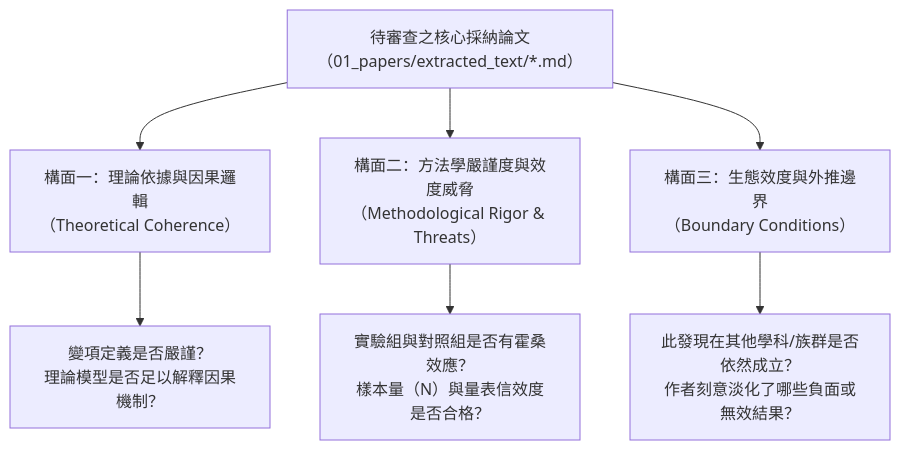
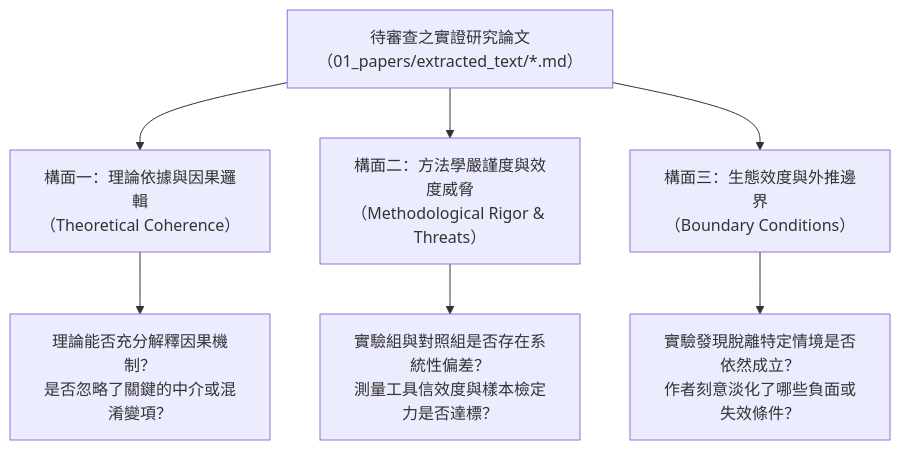
Before and after one commit to sungchien/literature_agent: the first of 2 diagrams in 06_單篇批判精讀與標準閱讀卡片化_學術知識的晶體化.md, drawn with Mermaid. The commit also changed other lines of this file and 6 other files, not shown here.

````diff
--- a/06_單篇批判精讀與標準閱讀卡片化_學術知識的晶體化.md
+++ b/06_單篇批判精讀與標準閱讀卡片化_學術知識的晶體化.md
@@ -77,10 +146,10 @@
 ```mermaid
 flowchart TD
-    Paper["待審查之核心採納論文<br/>（01_papers/extracted_text/*.md）"] --> Core1["構面一：理論依據與因果邏輯<br/>（Theoretical Coherence）"]
+    Paper["待審查之實證研究論文<br/>（01_papers/extracted_text/*.md）"] --> Core1["構面一：理論依據與因果邏輯<br/>（Theoretical Coherence）"]
     Paper --> Core2["構面二：方法學嚴謹度與效度威脅<br/>（Methodological Rigor & Threats）"]
     Paper --> Core3["構面三：生態效度與外推邊界<br/>（Boundary Conditions）"]
 
-    Core1 --> Q1["變項定義是否嚴謹？<br/>理論模型是否足以解釋因果機制？"]
-    Core2 --> Q2["實驗組與對照組是否有霍桑效應？<br/>樣本量（N）與量表信效度是否合格？"]
-    Core3 --> Q3["此發現在其他學科/族群是否依然成立？<br/>作者刻意淡化了哪些負面或無效結果？"]
+    Core1 --> Q1["理論能否充分解釋因果機制？<br/>是否忽略了關鍵的中介或混淆變項？"]
+    Core2 --> Q2["實驗組與對照組是否存在系統性偏差？<br/>測量工具信效度與樣本檢定力是否達標？"]
+    Core3 --> Q3["實驗發現脫離特定情境是否依然成立？<br/>作者刻意淡化了哪些負面或失效條件？"]
 ```
````
